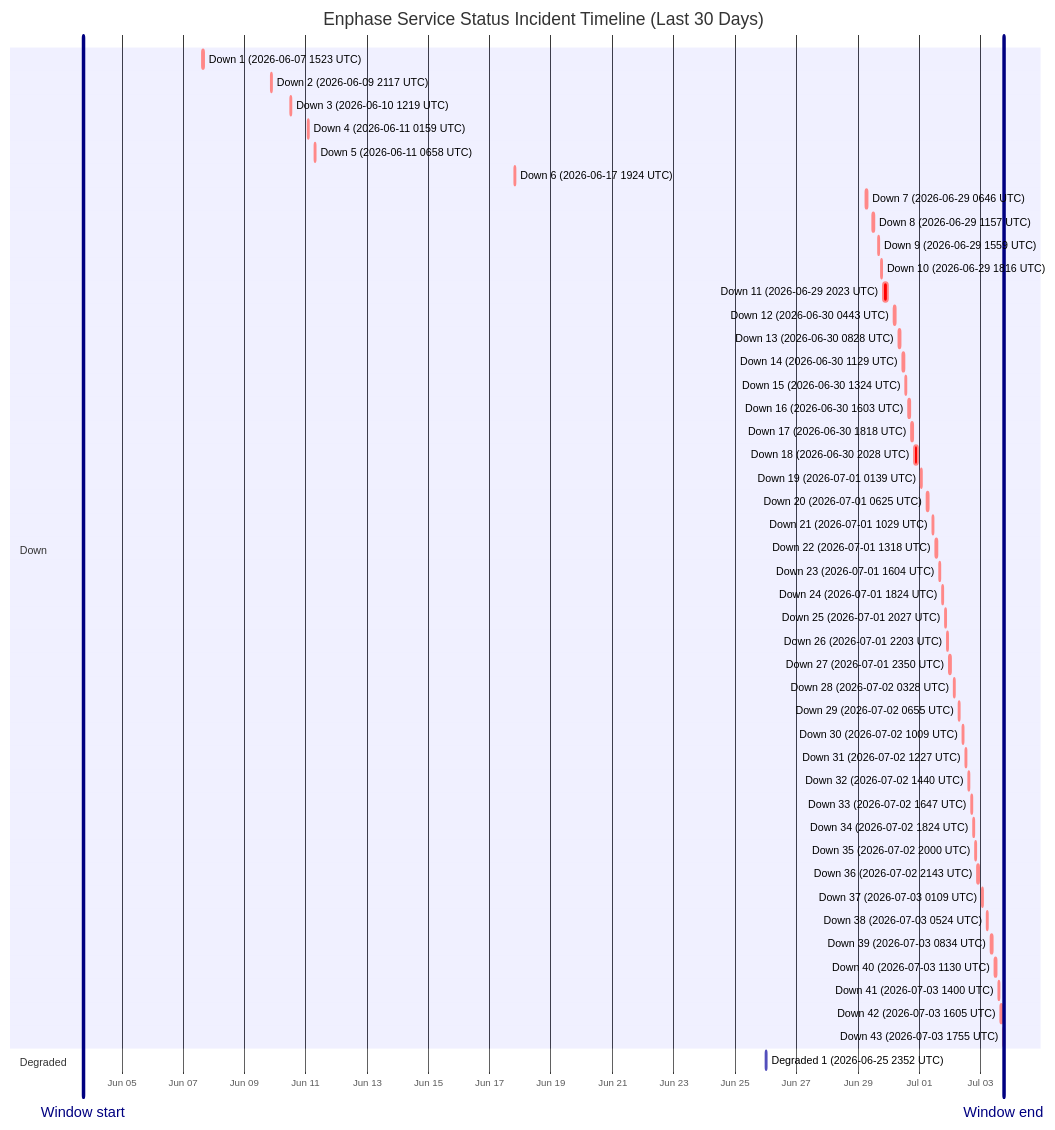
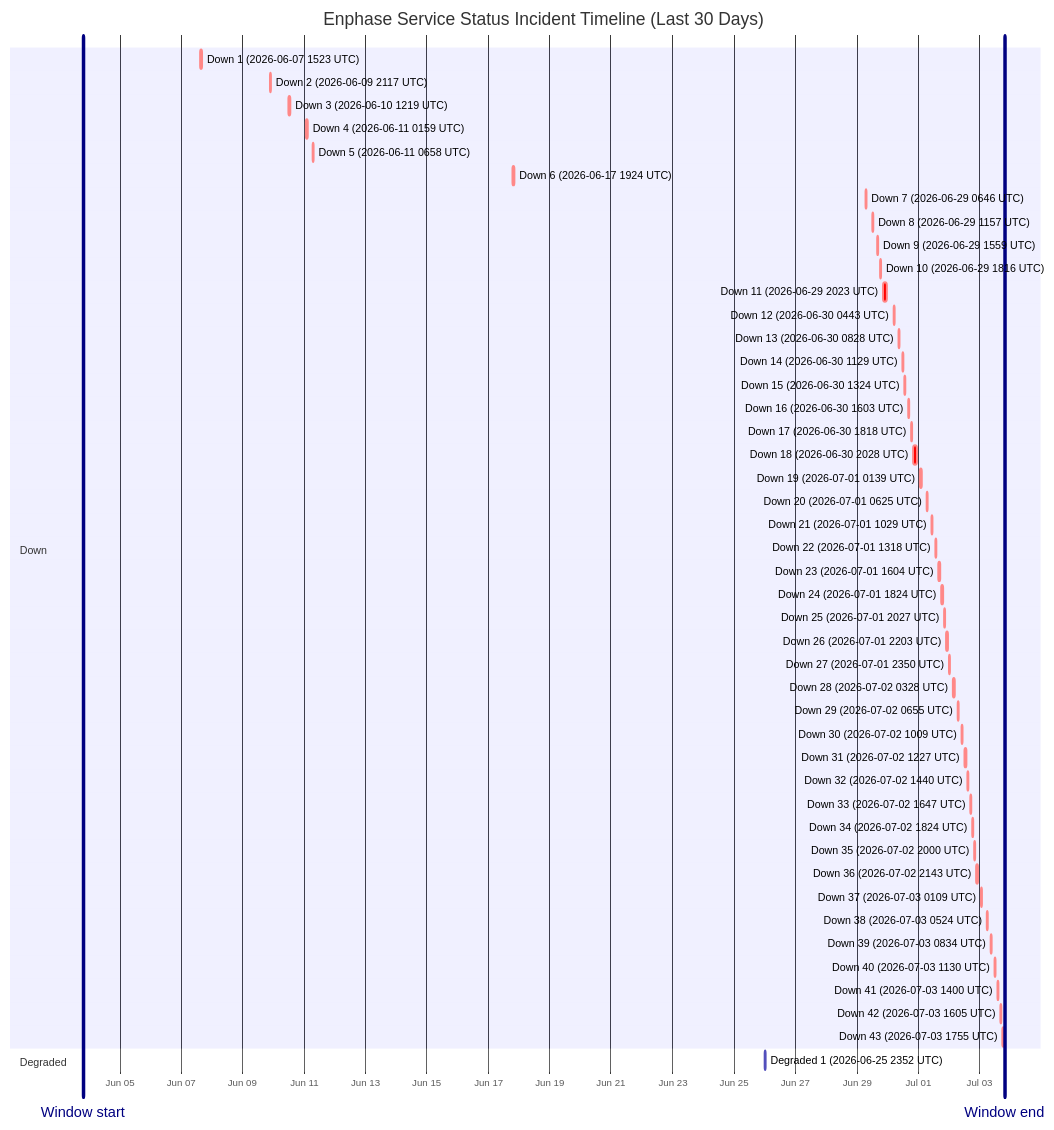
Before and after one commit to barneyonline/ha-enphase-energy: the diagram in wiki/Service-Status-History.md, drawn with Mermaid. The commit also changed other lines of this file and 3 other files, not shown here.

````diff
--- a/wiki/Service-Status-History.md
+++ b/wiki/Service-Status-History.md
@@ -14,54 +14,54 @@
 ```mermaid
 gantt
     title Enphase Service Status Incident Timeline (Last 30 Days)
     dateFormat  YYYY-MM-DDTHH:mm:ss
     axisFormat  %b %d
-    Window start :vert, window-start, 2026-06-03T17:55:54, 0ms
-    Window end :vert, window-end, 2026-07-03T17:55:54, 0ms
+    Window start :vert, window-start, 2026-06-03T19:23:33, 0ms
+    Window end :vert, window-end, 2026-07-03T19:23:33, 0ms
     section Down
     Down 1 (2026-06-07 1523 UTC) :crit, down-1, 2026-06-07T15:23:22, 87m
     Down 2 (2026-06-09 2117 UTC) :crit, down-2, 2026-06-09T21:17:17, 60m
     Down 3 (2026-06-10 1219 UTC) :crit, down-3, 2026-06-10T12:19:21, 60m
     Down 4 (2026-06-11 0159 UTC) :crit, down-4, 2026-06-11T01:59:36, 60m
     Down 5 (2026-06-11 0658 UTC) :crit, down-5, 2026-06-11T06:58:45, 60m
     Down 6 (2026-06-17 1924 UTC) :crit, down-6, 2026-06-17T19:24:51, 60m
     Down 7 (2026-06-29 0646 UTC) :crit, down-7, 2026-06-29T06:46:18, 60m
     Down 8 (2026-06-29 1157 UTC) :crit, down-8, 2026-06-29T11:57:36, 60m
     Down 9 (2026-06-29 1559 UTC) :crit, down-9, 2026-06-29T15:59:02, 60m
     Down 10 (2026-06-29 1816 UTC) :crit, down-10, 2026-06-29T18:16:38, 60m
     Down 11 (2026-06-29 2023 UTC) :crit, down-11, 2026-06-29T20:23:16, 220m
     Down 12 (2026-06-30 0443 UTC) :crit, down-12, 2026-06-30T04:43:54, 60m
     Down 13 (2026-06-30 0828 UTC) :crit, down-13, 2026-06-30T08:28:43, 60m
     Down 14 (2026-06-30 1129 UTC) :crit, down-14, 2026-06-30T11:29:15, 60m
     Down 15 (2026-06-30 1324 UTC) :crit, down-15, 2026-06-30T13:24:25, 60m
     Down 16 (2026-06-30 1603 UTC) :crit, down-16, 2026-06-30T16:03:26, 60m
     Down 17 (2026-06-30 1818 UTC) :crit, down-17, 2026-06-30T18:18:39, 60m
     Down 18 (2026-06-30 2028 UTC) :crit, down-18, 2026-06-30T20:28:54, 171m
     Down 19 (2026-07-01 0139 UTC) :crit, down-19, 2026-07-01T01:39:18, 60m
     Down 20 (2026-07-01 0625 UTC) :crit, down-20, 2026-07-01T06:25:35, 60m
     Down 21 (2026-07-01 1029 UTC) :crit, down-21, 2026-07-01T10:29:24, 60m
     Down 22 (2026-07-01 1318 UTC) :crit, down-22, 2026-07-01T13:18:31, 60m
     Down 23 (2026-07-01 1604 UTC) :crit, down-23, 2026-07-01T16:04:29, 60m
     Down 24 (2026-07-01 1824 UTC) :crit, down-24, 2026-07-01T18:24:21, 60m
     Down 25 (2026-07-01 2027 UTC) :crit, down-25, 2026-07-01T20:27:17, 60m
     Down 26 (2026-07-01 2203 UTC) :crit, down-26, 2026-07-01T22:03:46, 60m
     Down 27 (2026-07-01 2350 UTC) :crit, down-27, 2026-07-01T23:50:52, 60m
     Down 28 (2026-07-02 0328 UTC) :crit, down-28, 2026-07-02T03:28:33, 60m
     Down 29 (2026-07-02 0655 UTC) :crit, down-29, 2026-07-02T06:55:07, 60m
     Down 30 (2026-07-02 1009 UTC) :crit, down-30, 2026-07-02T10:09:15, 60m
     Down 31 (2026-07-02 1227 UTC) :crit, down-31, 2026-07-02T12:27:49, 60m
     Down 32 (2026-07-02 1440 UTC) :crit, down-32, 2026-07-02T14:40:53, 60m
     Down 33 (2026-07-02 1647 UTC) :crit, down-33, 2026-07-02T16:47:47, 60m
     Down 34 (2026-07-02 1824 UTC) :crit, down-34, 2026-07-02T18:24:26, 60m
     Down 35 (2026-07-02 2000 UTC) :crit, down-35, 2026-07-02T20:00:57, 60m
     Down 36 (2026-07-02 2143 UTC) :crit, down-36, 2026-07-02T21:43:52, 80m
     Down 37 (2026-07-03 0109 UTC) :crit, down-37, 2026-07-03T01:09:19, 60m
     Down 38 (2026-07-03 0524 UTC) :crit, down-38, 2026-07-03T05:24:23, 60m
     Down 39 (2026-07-03 0834 UTC) :crit, down-39, 2026-07-03T08:34:05, 60m
     Down 40 (2026-07-03 1130 UTC) :crit, down-40, 2026-07-03T11:30:41, 60m
     Down 41 (2026-07-03 1400 UTC) :crit, down-41, 2026-07-03T14:00:48, 60m
     Down 42 (2026-07-03 1605 UTC) :crit, down-42, 2026-07-03T16:05:49, 60m
-    Down 43 (2026-07-03 1755 UTC) :crit, down-43, 2026-07-03T17:55:54, 60m
+    Down 43 (2026-07-03 1755 UTC) :crit, down-43, 2026-07-03T17:55:54, 87m
     section Degraded
     Degraded 1 (2026-06-25 2352 UTC) :active, degraded-1, 2026-06-25T23:52:01, 60m
 ```
````
